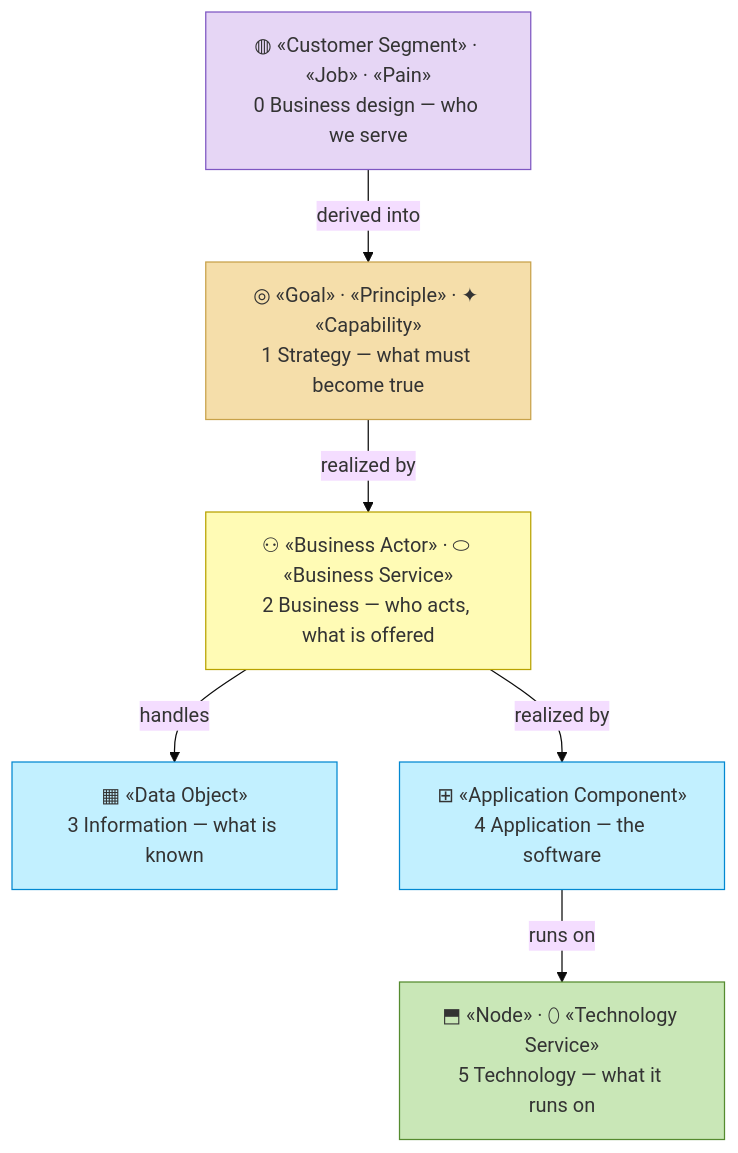
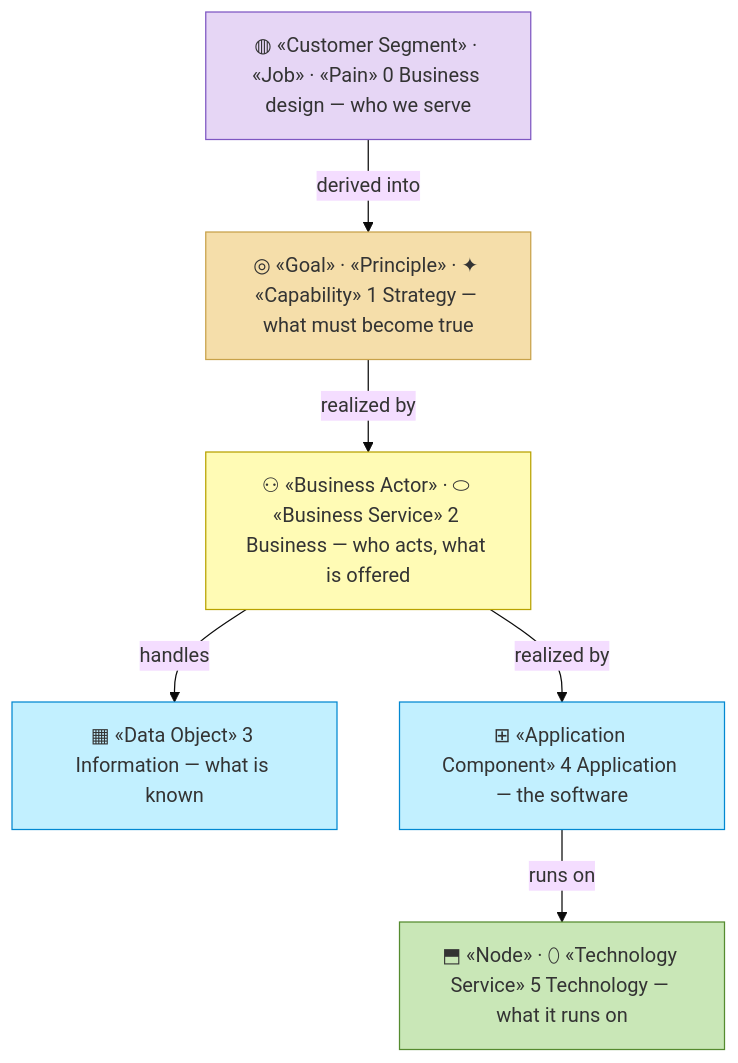
Before and after one commit to roanboc/architecture-archreator: the second of 3 diagrams in README.md, drawn with Mermaid (base theme). The commit also changed other lines of this file and 38 other files, not shown here.

````diff
--- a/README.md
+++ b/README.md
@@ -63,22 +63,22 @@
 ```mermaid
 flowchart TB
-  l0["◍ «Customer Segment» · «Job» · «Pain»<br>0 Business design — who we serve"]:::motivation
-  l1["◎ «Goal» · «Principle» · ✦ «Capability»<br>1 Strategy — what must become true"]:::strategy
-  l2["⚇ «Business Actor» · ⬭ «Business Service»<br>2 Business — who acts, what is offered"]:::business
-  l3["▦ «Data Object»<br>3 Information — what is known"]:::information
-  l4["⊞ «Application Component»<br>4 Application — the software"]:::application
-  l5["⬒ «Node» · ⬯ «Technology Service»<br>5 Technology — what it runs on"]:::technology
+  l0["◍ «Customer Segment» · «Job» · «Pain» 0 Business design — who we serve"]:::motivation
+  l1["◎ «Goal» · «Principle» · ✦ «Capability» 1 Strategy — what must become true"]:::strategy
+  l2["⚇ «Business Actor» · ⬭ «Business Service» 2 Business — who acts, what is offered"]:::business
+  l3["▦ «Data Object» 3 Information — what is known"]:::information
+  l4["⊞ «Application Component» 4 Application — the software"]:::application
+  l5["⬒ «Node» · ⬯ «Technology Service» 5 Technology — what it runs on"]:::technology
 
   l0 -->|derived into| l1
   l1 -->|realized by| l2
   l2 -->|handles| l3
   l2 -->|realized by| l4
   l4 -->|runs on| l5
 
   classDef motivation fill:#e6d6f5,stroke:#7e57c2,color:#333
   classDef strategy fill:#f5deaa,stroke:#c8a24a,color:#333
   classDef business fill:#fffbb5,stroke:#b8a200,color:#333
   classDef information fill:#c2f0ff,stroke:#0288d1,color:#333
   classDef application fill:#c2f0ff,stroke:#0288d1,color:#333
   classDef technology fill:#c9e7b7,stroke:#558b2f,color:#333
 ```
````
